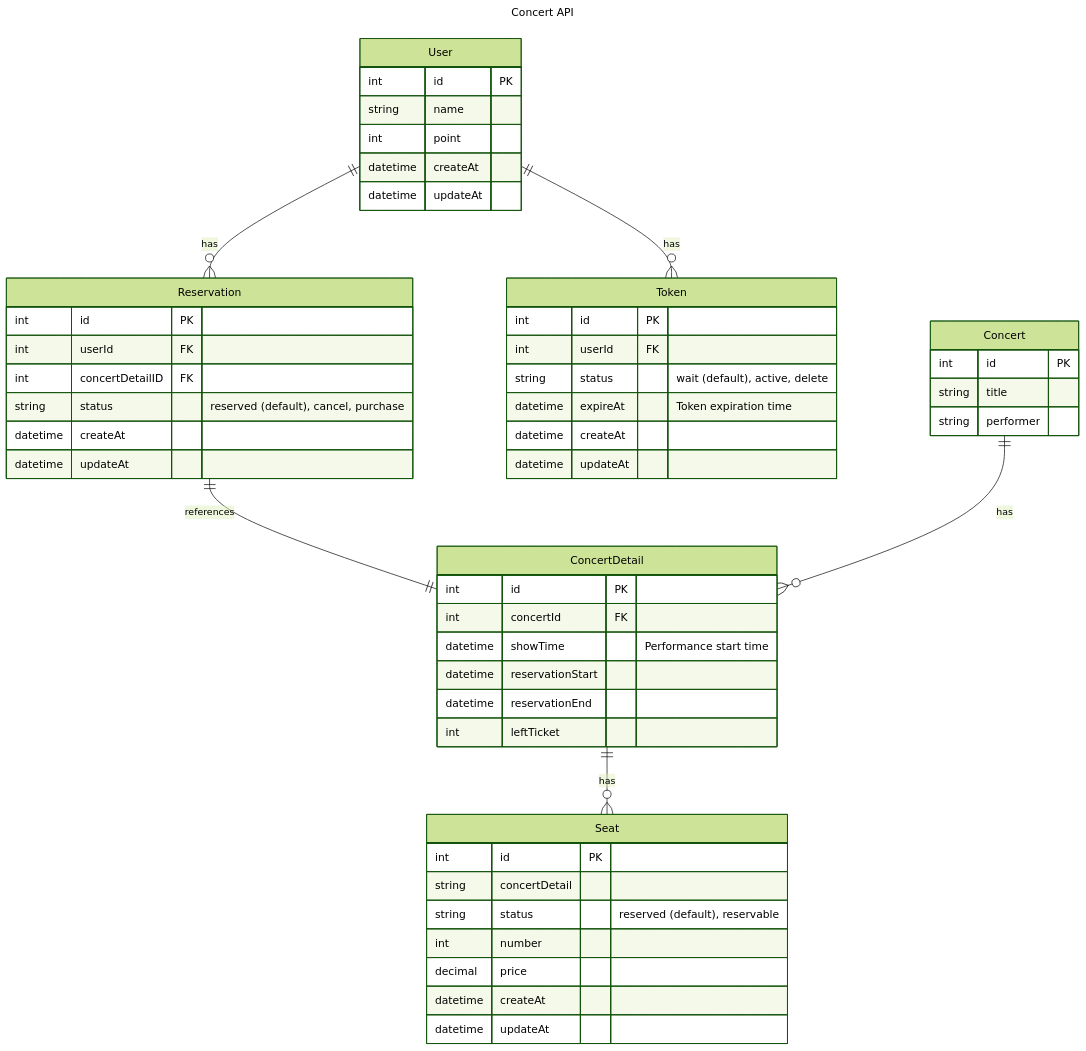
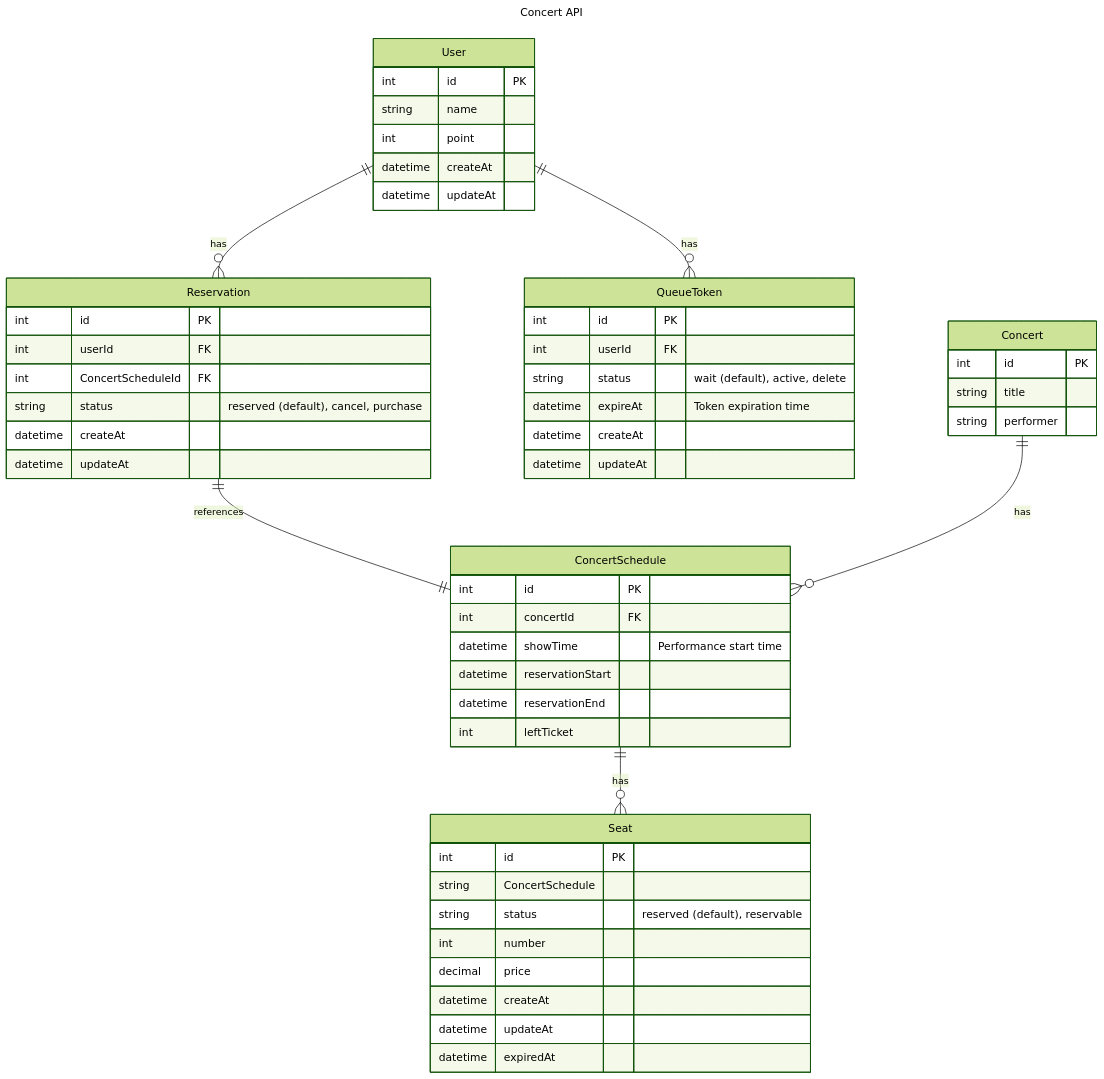
One commit to GustavEiffels/hhplus_server_build changed the diagram in design/erd/concertApi.md. Above: the diagram before and after it, drawn with Mermaid (forest theme). The commit also changed 3 other files, not shown here.

Commit message:
[fix] 정의서 내용 수정 - token 테이블 이름 QueueToken 으로 변경 - 시퀀스 다이어그램 스케줄 따로 분리 완료

````diff
--- a/design/erd/concertApi.md
+++ b/design/erd/concertApi.md
@@ -1,60 +1,61 @@
 ```mermaid
 ---
 title: Concert API
 ---
 erDiagram
     User {
         int id PK
         string name
         int point
         datetime createAt
         datetime updateAt
     }
     Seat {
         int id PK
-        string concertDetail
+        string ConcertSchedule
         string status "reserved (default), reservable"
         int number
         decimal price
         datetime createAt
         datetime updateAt
+        datetime expiredAt
     }
     Reservation {
         int id PK
         int userId FK
-        int concertDetailID FK
+        int ConcertScheduleId FK
         string status "reserved (default), cancel, purchase"
         datetime createAt
         datetime updateAt
     }
-    Token {
+    QueueToken {
         int id PK
         int userId FK
         string status "wait (default), active, delete"
         datetime expireAt "Token expiration time"
         datetime createAt
         datetime updateAt
     }
 
     Concert {
         int id PK
         string title
         string performer        
     }
 
-    ConcertDetail {
+    ConcertSchedule {
         int id PK
         int concertId FK
         datetime showTime "Performance start time"
         datetime reservationStart
         datetime reservationEnd
         int leftTicket
     }
 
     User ||--o{ Reservation : "has"
-    User ||--o{ Token            : "has"
-    Reservation ||--|| ConcertDetail : "references"
-    Concert ||--o{ ConcertDetail : "has"
-    ConcertDetail ||--o{ Seat : "has"
+    User ||--o{ QueueToken  : "has"
+    Reservation ||--|| ConcertSchedule : "references"
+    Concert ||--o{ ConcertSchedule : "has"
+    ConcertSchedule ||--o{ Seat : "has"
         
 ```
````
